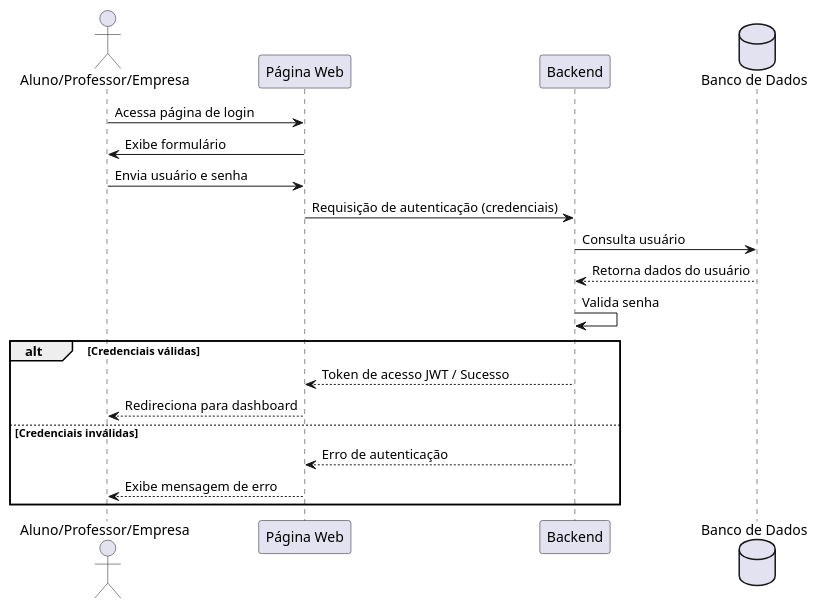
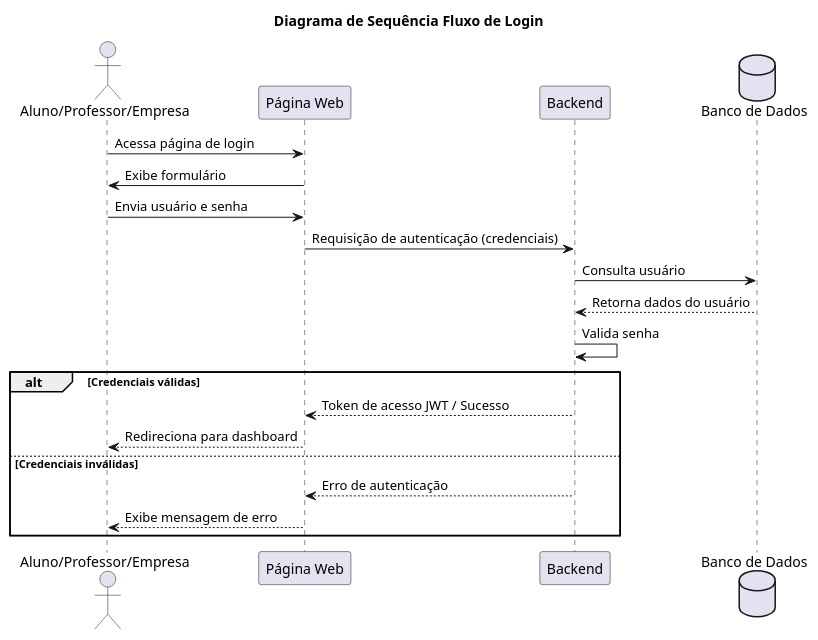
One commit to jjoaom/PS-PUCMG-StudentCoin changed the diagram in docs/sequence-diagrams/Login.puml. Above: the diagram before and after it, drawn with PlantUML. The commit also changed 10 other files, not shown here.

Commit message:
Add: More diagramas de sequencias

```diff
--- a/docs/sequence-diagrams/Login.puml
+++ b/docs/sequence-diagrams/Login.puml
@@ -1,26 +1,27 @@
 @startuml
+title "Diagrama de Sequência Fluxo de Login"
 actor Usuario as "Aluno/Professor/Empresa"
 participant "Página Web" as Frontend
 participant "Backend" as Backend
 database "Banco de Dados" as DB
 
 Usuario -> Frontend: Acessa página de login
 Frontend -> Usuario: Exibe formulário
 
 Usuario -> Frontend: Envia usuário e senha
 Frontend -> Backend: Requisição de autenticação (credenciais)
 
 Backend -> DB: Consulta usuário
 DB --> Backend: Retorna dados do usuário
 
 Backend -> Backend: Valida senha
 
 alt Credenciais válidas
     Backend --> Frontend: Token de acesso JWT / Sucesso
     Frontend --> Usuario: Redireciona para dashboard
 else Credenciais inválidas
     Backend --> Frontend: Erro de autenticação
     Frontend --> Usuario: Exibe mensagem de erro
 end
 
 @enduml
```
